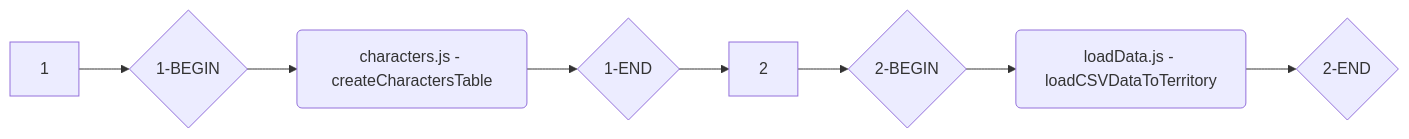
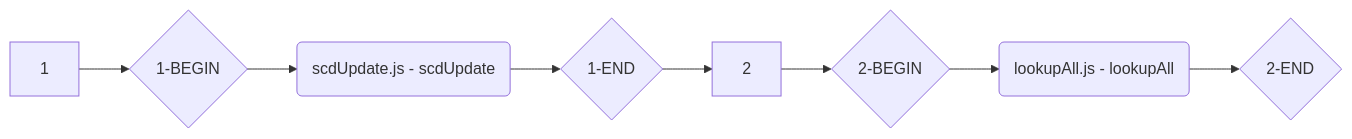
Before and after one commit to llazanja/node-etl-fluent: the diagram in flowchart/input.mmd, drawn with Mermaid. The commit also changed 11 other files, not shown here.

```diff
--- a/flowchart/input.mmd
+++ b/flowchart/input.mmd
@@ -1,8 +1,8 @@
 graph LR
    1-->1BEGIN{1-BEGIN}
-   1BEGIN{1-BEGIN}-->characters.js(characters.js - createCharactersTable)
-   characters.js(characters.js - createCharactersTable)-->1END{1-END}
+   1BEGIN{1-BEGIN}-->scdUpdate.js(scdUpdate.js - scdUpdate)
+   scdUpdate.js(scdUpdate.js - scdUpdate)-->1END{1-END}
    1END{1-END}-->2
    2-->2BEGIN{2-BEGIN}
-   2BEGIN{2-BEGIN}-->loadData.js(loadData.js - loadCSVDataToTerritory)
-   loadData.js(loadData.js - loadCSVDataToTerritory)-->2END{2-END}
+   2BEGIN{2-BEGIN}-->lookupAll.js(lookupAll.js - lookupAll)
+   lookupAll.js(lookupAll.js - lookupAll)-->2END{2-END}
```
